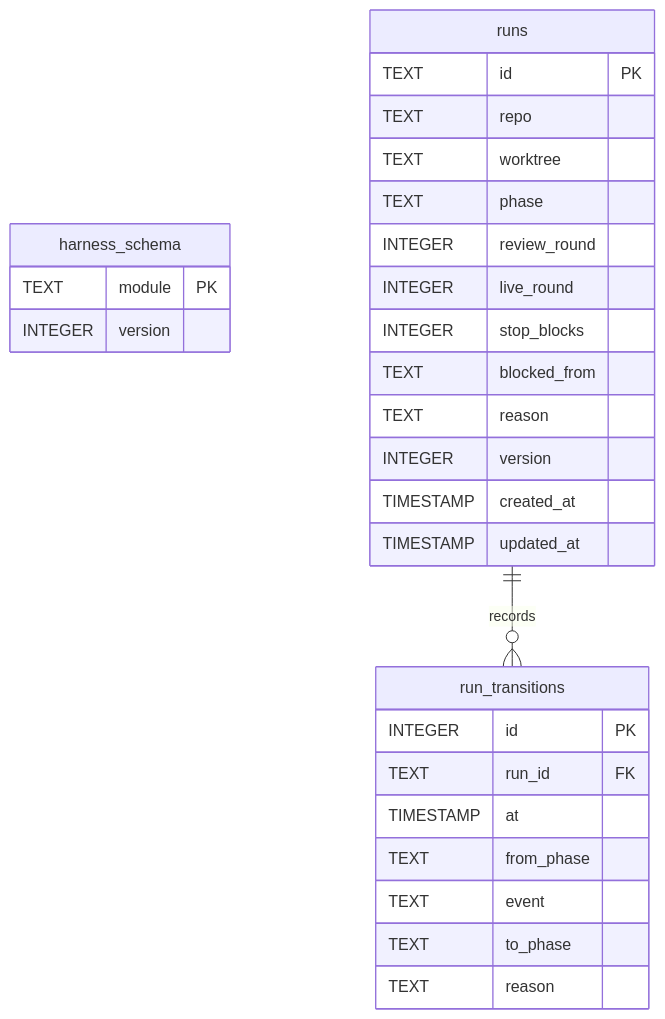
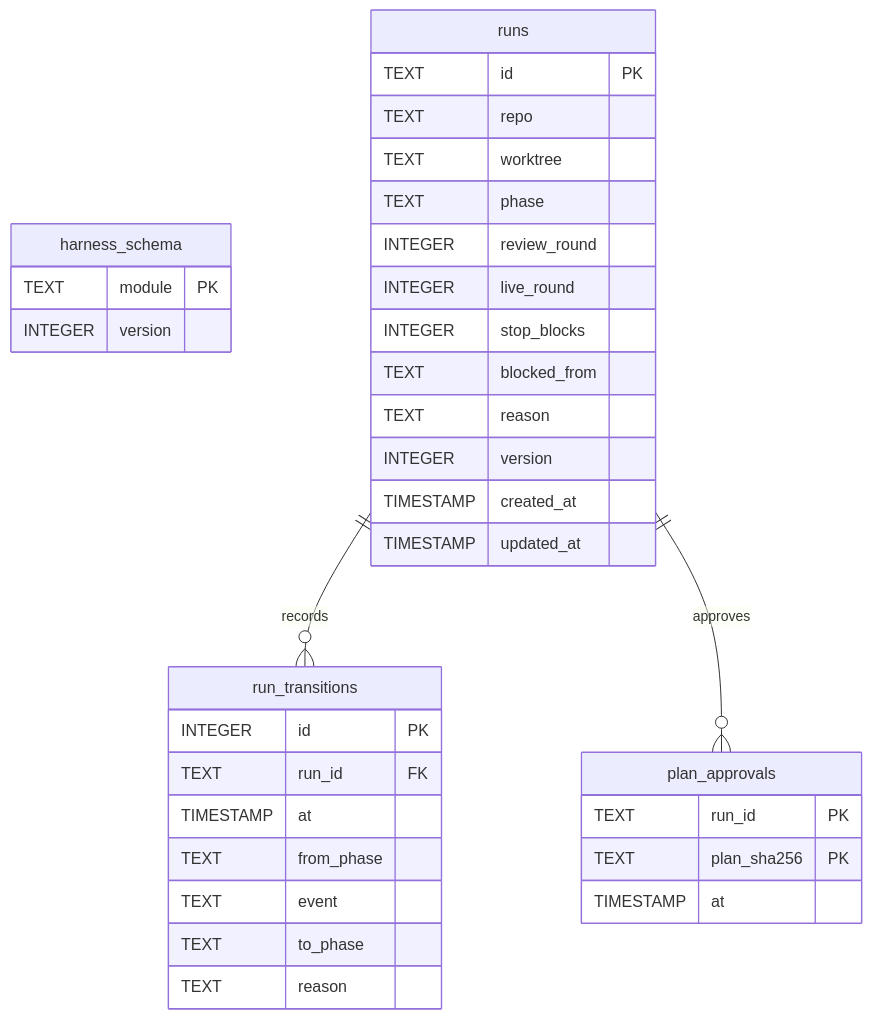
The fourth of 6 diagrams in DESIGN.md (90p-labs/harness), drawn with Mermaid before and after one commit. The commit also changed other lines of this file and 7 other files, not shown here.

````diff
--- a/DESIGN.md
+++ b/DESIGN.md
@@ -412,31 +414,37 @@
 ```mermaid
 erDiagram
     harness_schema {
         TEXT module PK
         INTEGER version
     }
     runs {
         TEXT id PK
         TEXT repo
         TEXT worktree
         TEXT phase
         INTEGER review_round
         INTEGER live_round
         INTEGER stop_blocks
         TEXT blocked_from
         TEXT reason
         INTEGER version
         TIMESTAMP created_at
         TIMESTAMP updated_at
     }
     run_transitions {
         INTEGER id PK
         TEXT run_id FK
         TIMESTAMP at
         TEXT from_phase
         TEXT event
         TEXT to_phase
         TEXT reason
     }
+    plan_approvals {
+        TEXT run_id PK
+        TEXT plan_sha256 PK
+        TIMESTAMP at
+    }
     runs ||--o{ run_transitions : records
+    runs ||--o{ plan_approvals : approves
 ```
````
